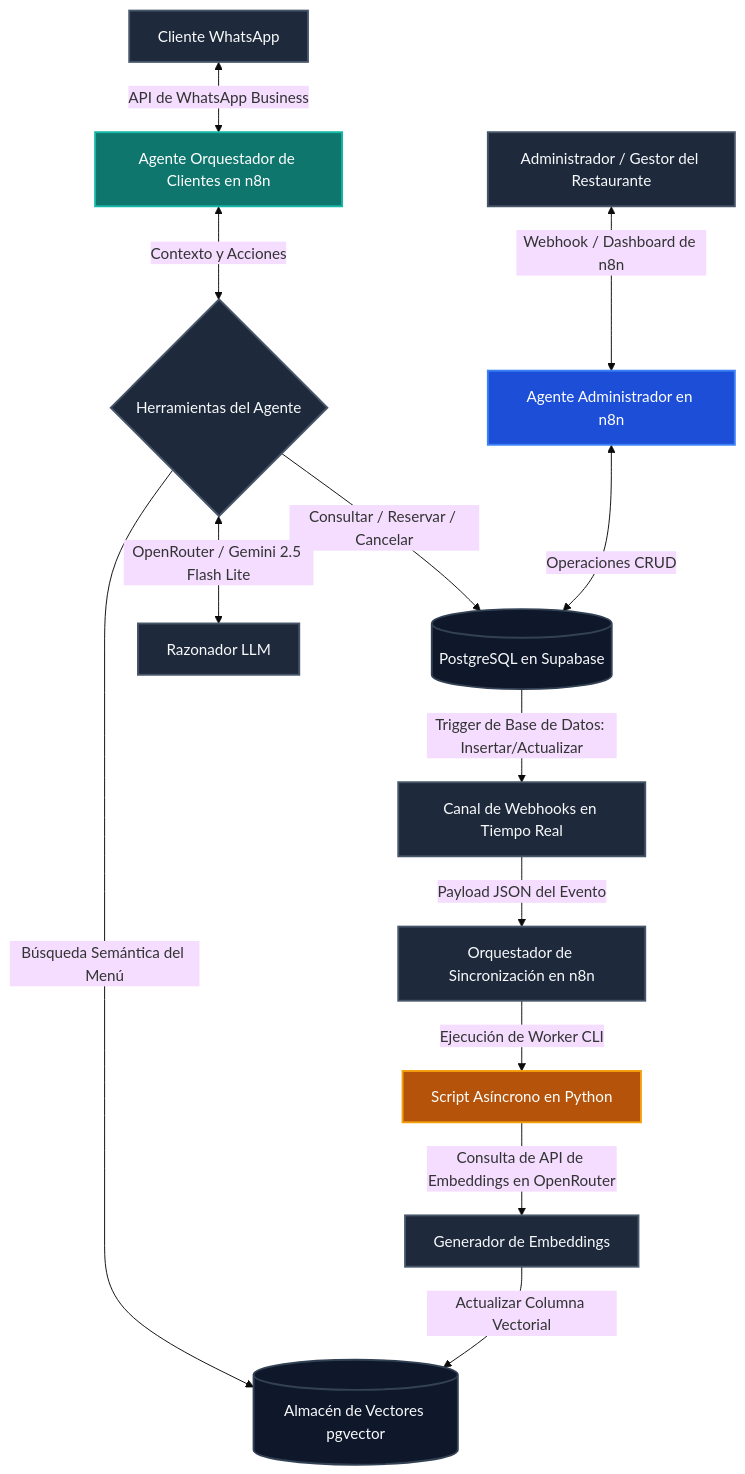
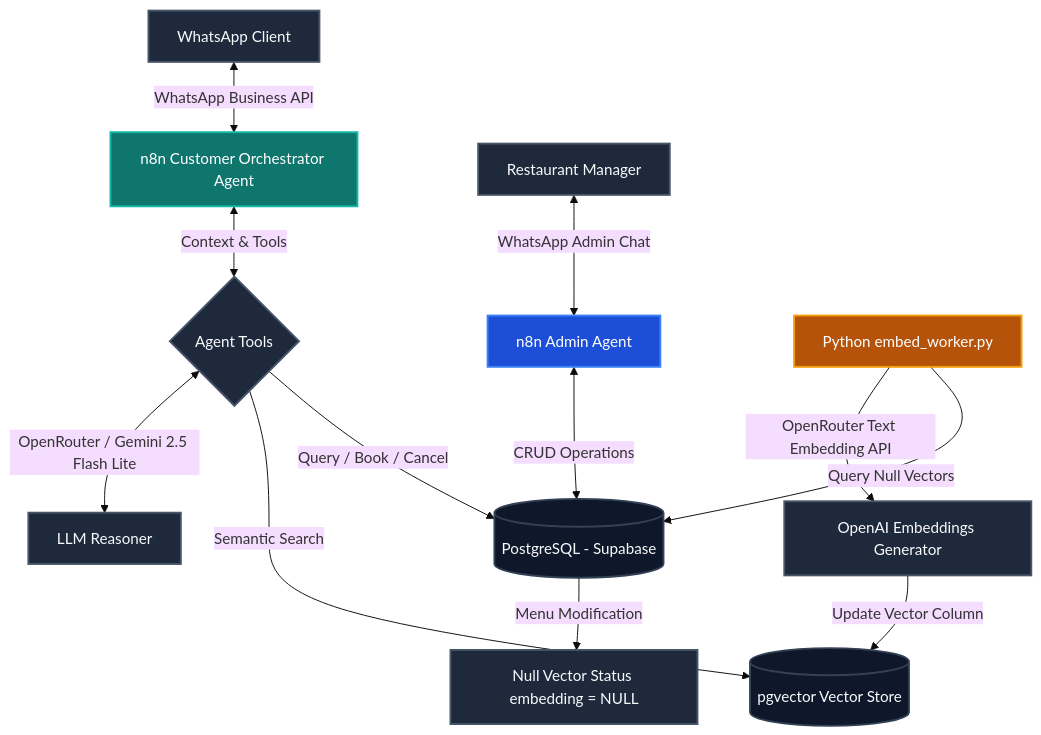
Before and after one commit to Nemma22/TableFlow: the diagram in README.md, drawn with Mermaid (base theme). The commit also changed other lines of this file and 1 other file, not shown here.

Commit message:
docs: professionalize README in English and integrate workflow architecture details

````diff
--- a/README.md
+++ b/README.md
@@ -13,32 +40,31 @@
 ```mermaid
 graph TD
-    %% Flujo en Tiempo Real de WhatsApp
-    A[Cliente WhatsApp] <-->|API de WhatsApp Business| B[Agente Orquestador de Clientes en n8n]
-    B <-->|Contexto y Acciones| C{Herramientas del Agente}
-    C -->|Consultar / Reservar / Cancelar| D[(PostgreSQL en Supabase)]
-    C -->|Búsqueda Semántica del Menú| E[(Almacén de Vectores pgvector)]
-    C <-->|OpenRouter / Gemini 2.5 Flash Lite| F[Razonador LLM]
+    %% WhatsApp Real-Time Flow
+    A[WhatsApp Client] <-->|WhatsApp Business API| B[n8n Customer Orchestrator Agent]
+    B <-->|Context & Tools| C{Agent Tools}
+    C -->|Query / Book / Cancel| D[(PostgreSQL - Supabase)]
+    C -->|Semantic Search| E[(pgvector Vector Store)]
+    C <-->|OpenRouter / Gemini 2.5 Flash Lite| F[LLM Reasoner]
 
-    %% Operaciones de Administración en Tiempo Real
-    G[Administrador / Gestor del Restaurante] <-->|Webhook / Dashboard de n8n| H[Agente Administrador en n8n]
-    H <-->|Operaciones CRUD| D
+    %% Admin Real-Time Operations
+    G[Restaurant Manager] <-->|WhatsApp Admin Chat| H[n8n Admin Agent]
+    H <-->|CRUD Operations| D
     
-    %% Pipeline Asíncrono de Sincronización de Embeddings
-    D -->|Trigger de Base de Datos: Insertar/Actualizar| I[Canal de Webhooks en Tiempo Real]
-    I -->|Payload JSON del Evento| J[Orquestador de Sincronización en n8n]
-    J -->|Ejecución de Worker CLI| K[Script Asíncrono en Python]
-    K -->|Consulta de API de Embeddings en OpenRouter| L[Generador de Embeddings]
-    L -->|Actualizar Columna Vectorial| E
+    %% Decoupled Embedding Sync Pipeline
+    D -->|Menu Modification| I[Null Vector Status embedding = NULL]
+    J[Python embed_worker.py] -->|Query Null Vectors| D
+    J -->|OpenRouter Text Embedding API| K[OpenAI Embeddings Generator]
+    K -->|Update Vector Column| E
     
-    %% Estilos de Alto Contraste y Premium
+    %% Styles
     classDef default fill:#1e293b,stroke:#475569,stroke-width:2px,color:#f8fafc;
     classDef customerAgent fill:#0f766e,stroke:#14b8a6,stroke-width:2px,color:#ffffff;
     classDef adminAgent fill:#1d4ed8,stroke:#3b82f6,stroke-width:2px,color:#ffffff;
     classDef pythonScript fill:#b45309,stroke:#f59e0b,stroke-width:2px,color:#ffffff;
     classDef databaseNode fill:#0f172a,stroke:#334155,stroke-width:2px,color:#f8fafc;
 
     class B customerAgent;
     class H adminAgent;
-    class K pythonScript;
+    class J pythonScript;
     class D,E databaseNode;
 ```
````
